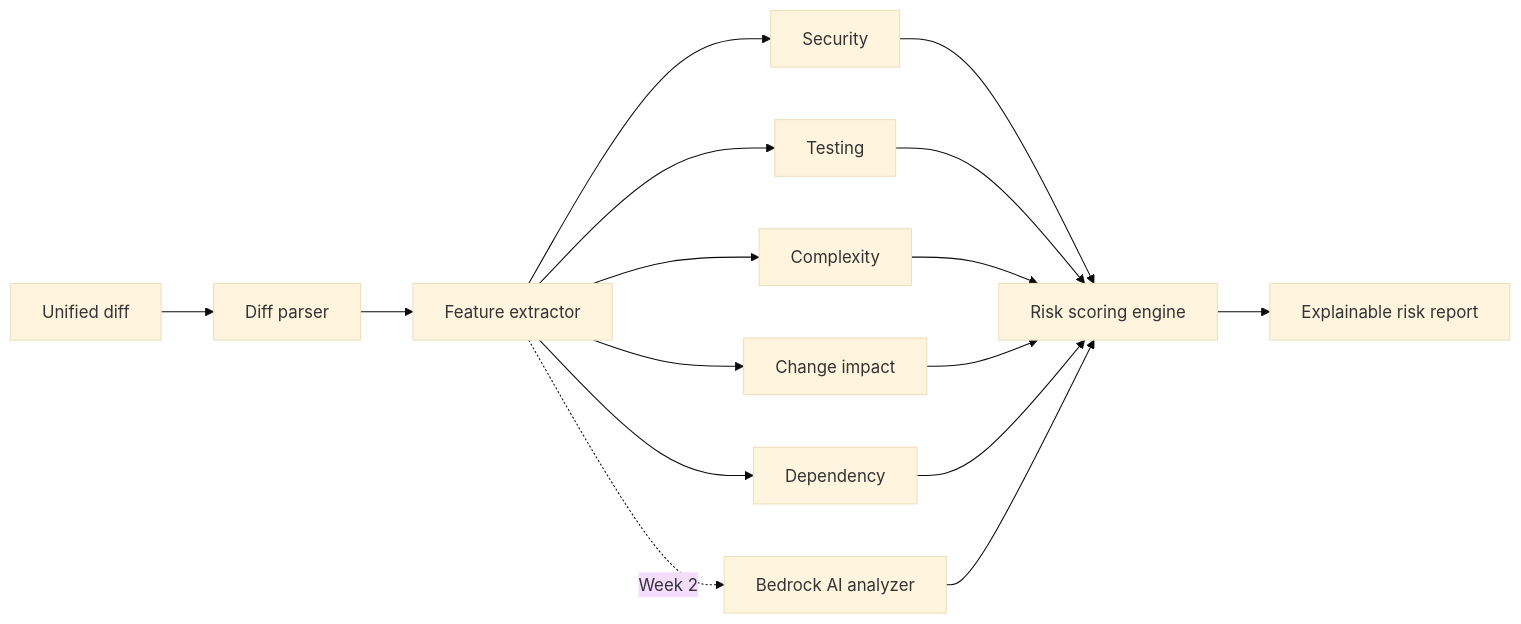
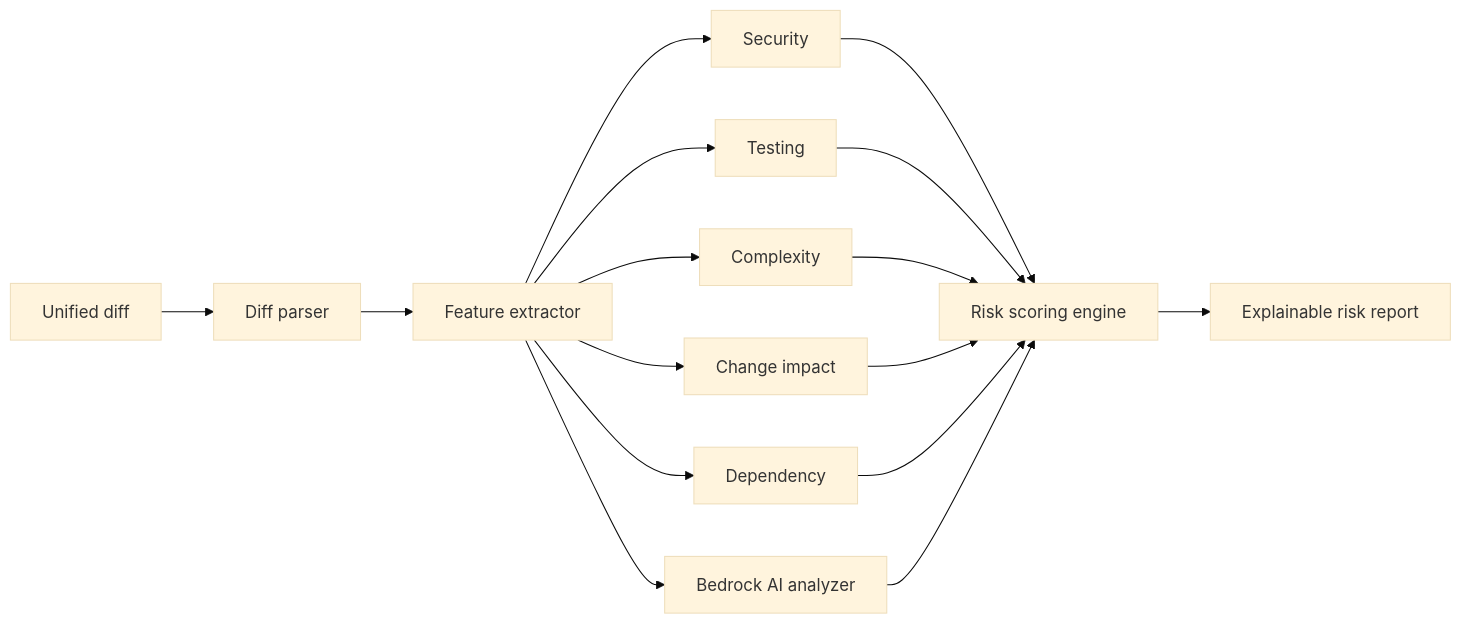
The second of 2 diagrams in README.md (namnguyen3019/ai-sdlc-guardian), drawn with Mermaid (base theme) before and after one commit. The commit also changed other lines of this file, not shown here.

First line of the commit message:
docs(readme): current-stage summary and detailed roadmap

````diff
--- a/README.md
+++ b/README.md
@@ -53,13 +53,13 @@
 ```mermaid
 flowchart LR
     D[Unified diff] --> P[Diff parser]
     P --> F[Feature extractor]
     F --> A1[Security]
     F --> A2[Testing]
     F --> A3[Complexity]
     F --> A4[Change impact]
     F --> A5[Dependency]
-    F -.Week 2.-> AI[Bedrock AI analyzer]
+    F --> AI[Bedrock AI analyzer]
     A1 & A2 & A3 & A4 & A5 & AI --> S[Risk scoring engine]
     S --> R[Explainable risk report]
 ```
````
